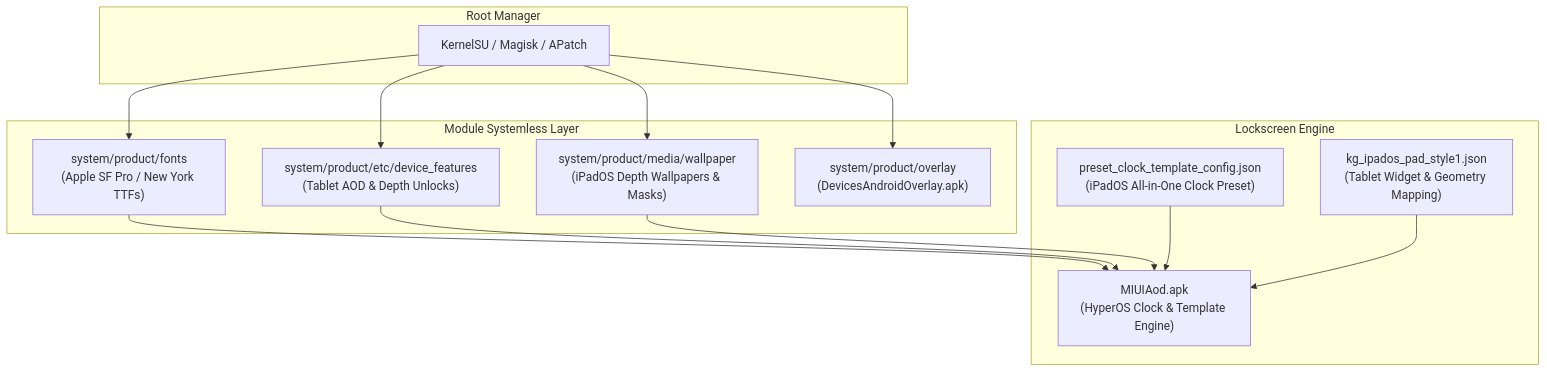
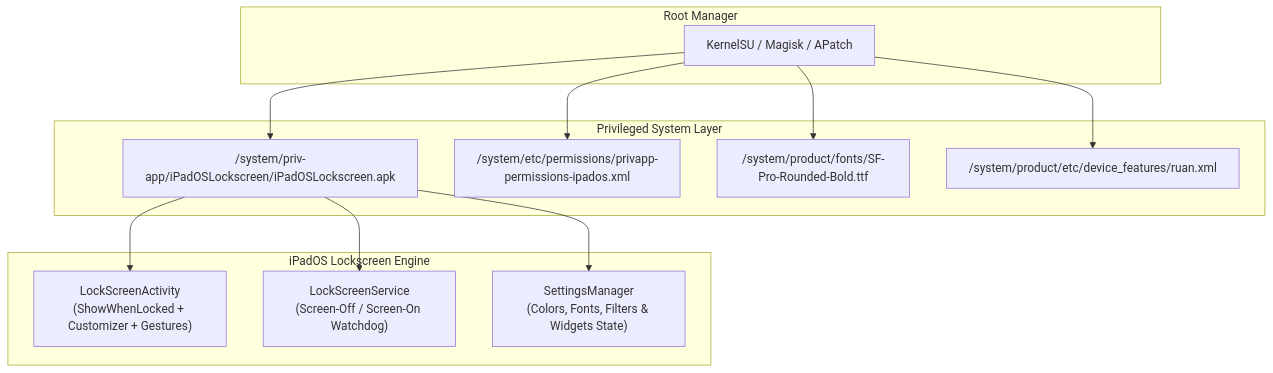
One commit to spider-man4u/iPadOS-Lockscreen-HyperOS changed the diagram in README.md. Above: the diagram before and after it, drawn with Mermaid. The commit also changed other lines of this file and 47 other files, not shown here.

First line of the commit message:
feat: iPadOS Standalone Lockscreen & Interactive Customizer (v1.1)

````diff
--- a/README.md
+++ b/README.md
@@ -39,29 +54,27 @@
 ```mermaid
 flowchart TD
     subgraph "Root Manager"
         A["KernelSU / Magisk / APatch"]
     end
 
-    subgraph "Module Systemless Layer"
-        B["system/product/fonts\n(Apple SF Pro / New York TTFs)"]
-        C["system/product/etc/device_features\n(Tablet AOD & Depth Unlocks)"]
-        D["system/product/media/wallpaper\n(iPadOS Depth Wallpapers & Masks)"]
-        E["system/product/overlay\n(DevicesAndroidOverlay.apk)"]
+    subgraph "Privileged System Layer"
+        B["/system/priv-app/iPadOSLockscreen/iPadOSLockscreen.apk"]
+        C["/system/etc/permissions/privapp-permissions-ipados.xml"]
+        D["/system/product/fonts/SF-Pro-Rounded-Bold.ttf"]
+        E["/system/product/etc/device_features/ruan.xml"]
     end
 
-    subgraph "Lockscreen Engine"
-        F["MIUIAod.apk\n(HyperOS Clock & Template Engine)"]
-        G["preset_clock_template_config.json\n(iPadOS All-in-One Clock Preset)"]
-        H["kg_ipados_pad_style1.json\n(Tablet Widget & Geometry Mapping)"]
+    subgraph "iPadOS Lockscreen Engine"
+        F["LockScreenActivity\n(ShowWhenLocked + Customizer + Gestures)"]
+        G["LockScreenService\n(Screen-Off / Screen-On Watchdog)"]
+        H["SettingsManager\n(Colors, Fonts, Filters & Widgets State)"]
     end
 
     A --> B
     A --> C
     A --> D
     A --> E
     B --> F
-    C --> F
-    D --> F
-    G --> F
-    H --> F
+    B --> G
+    B --> H
 ```
````
